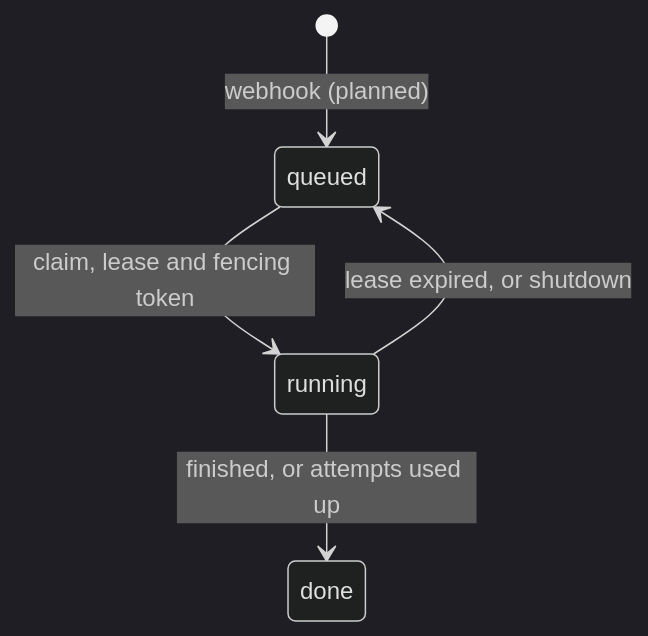
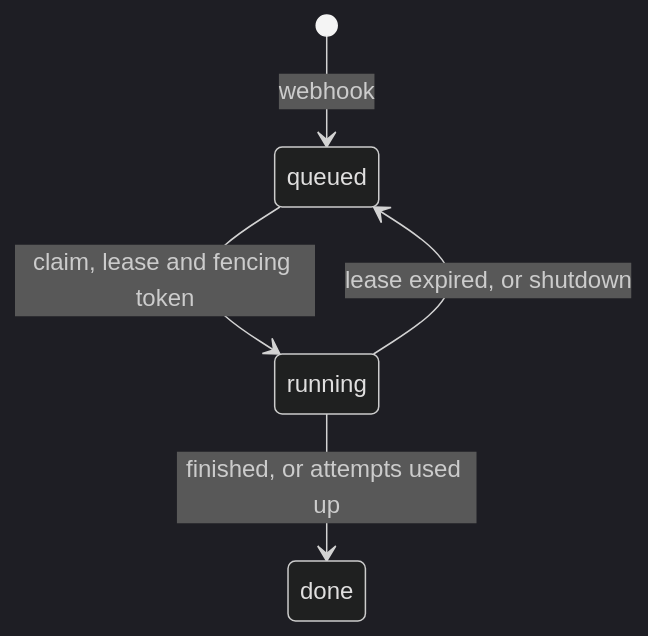
One commit to Pleasurecruise/eyeful changed the diagram in docs/cloud/SCHEDULING.md. Above: the diagram before and after it, drawn with Mermaid (dark theme). The commit also changed other lines of this file and 96 other files, not shown here.

````diff
--- a/docs/cloud/SCHEDULING.md
+++ b/docs/cloud/SCHEDULING.md
@@ -8,7 +8,7 @@
 ```mermaid
 stateDiagram-v2
-    [*] --> queued: webhook (planned)
+    [*] --> queued: webhook
     queued --> running: claim, lease and fencing token
     running --> queued: lease expired, or shutdown
     running --> done: finished, or attempts used up
 ```
````
